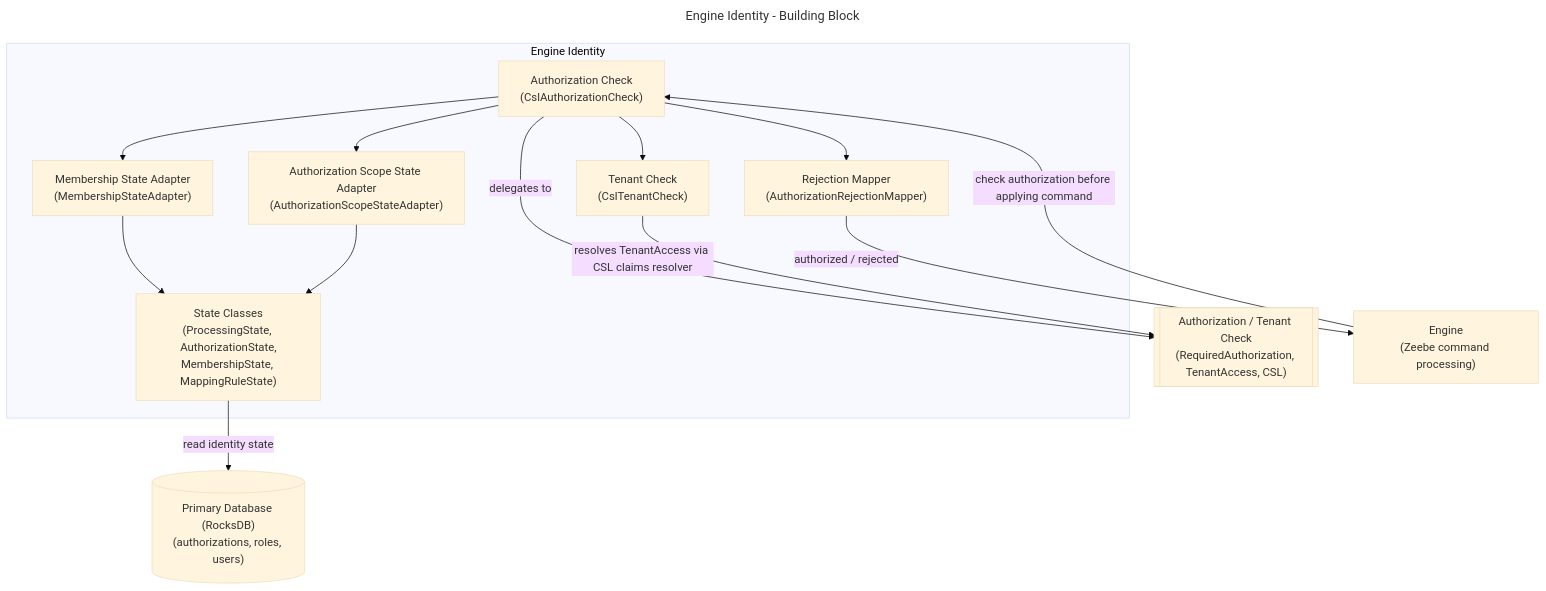
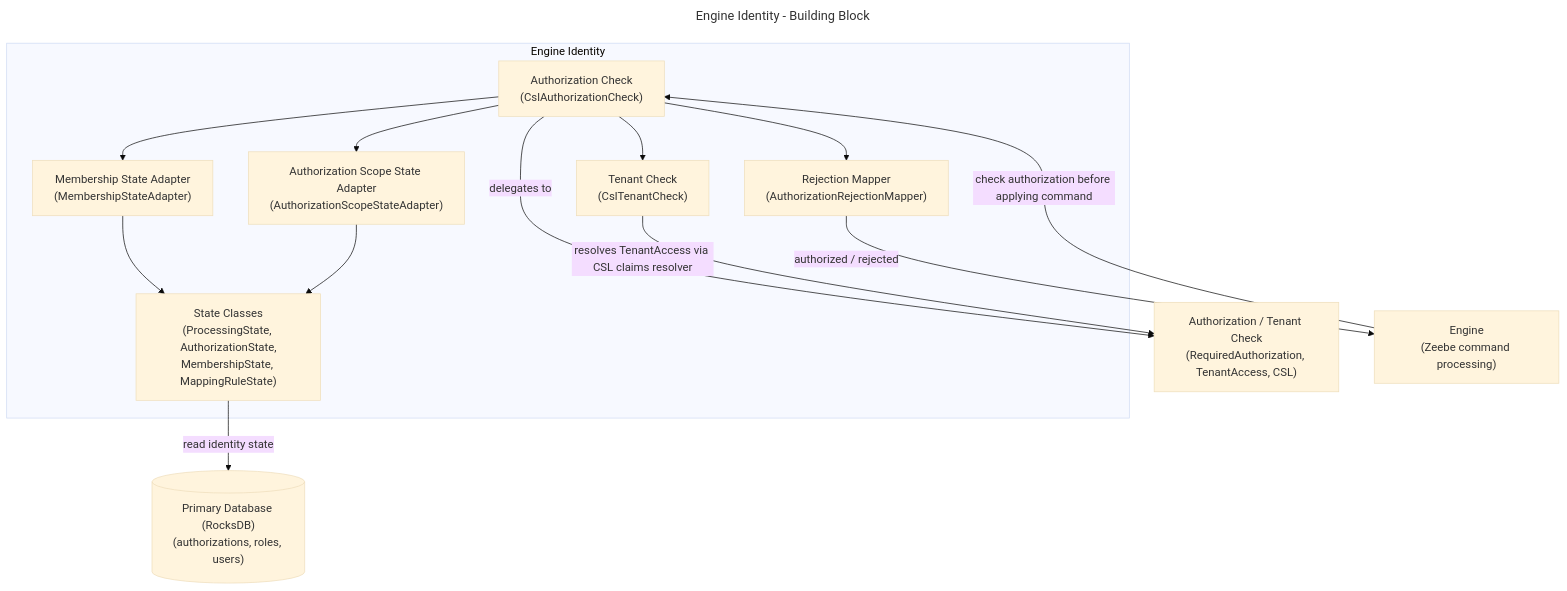
The seventh of 17 diagrams in identity/docs/architecture.md (camunda/camunda), drawn with Mermaid (base theme) before and after one commit. The commit also changed other lines of this file and 3 other files, not shown here.

````diff
--- a/identity/docs/architecture.md
+++ b/identity/docs/architecture.md
@@ -446,31 +452,31 @@
 ```mermaid
 ---
 title: Engine Identity - Building Block
 ---
 flowchart TB
   subgraph ENGINE_IDENTITY["Engine Identity"]
     AUTHZ_CHECK["Authorization Check</br>(CslAuthorizationCheck)"]
     TENANT_CHECK["Tenant Check</br>(CslTenantCheck)"]
     MEMBERSHIP_ADAPTER["Membership State Adapter</br>(MembershipStateAdapter)"]
     SCOPE_ADAPTER["Authorization Scope State Adapter</br>(AuthorizationScopeStateAdapter)"]
     REJECTION_MAPPER["Rejection Mapper</br>(AuthorizationRejectionMapper)"]
     STATE_CLASSES["State Classes</br>(ProcessingState, AuthorizationState,</br>MembershipState, MappingRuleState)"]
 
     AUTHZ_CHECK --> TENANT_CHECK
     AUTHZ_CHECK --> MEMBERSHIP_ADAPTER
     AUTHZ_CHECK --> SCOPE_ADAPTER
     AUTHZ_CHECK --> REJECTION_MAPPER
     MEMBERSHIP_ADAPTER --> STATE_CLASSES
     SCOPE_ADAPTER --> STATE_CLASSES
   end
 
-  CSL_PORTS[["Authorization / Tenant Check</br>(RequiredAuthorization, TenantAccess, CSL)"]]
+  CSL_PORTS["Authorization / Tenant Check</br>(RequiredAuthorization, TenantAccess, CSL)"]
   ENGINE["Engine</br>(Zeebe command processing)"]
   PRIMARY_DB[("Primary Database (RocksDB)</br>(authorizations, roles, users)")]
 
   ENGINE -->|"check authorization before applying command"| AUTHZ_CHECK
   AUTHZ_CHECK -->|"delegates to"| CSL_PORTS
   TENANT_CHECK -->|"resolves TenantAccess via CSL claims resolver"| CSL_PORTS
   REJECTION_MAPPER -->|"authorized / rejected"| ENGINE
   STATE_CLASSES -->|"read identity state"| PRIMARY_DB
 ```
````
